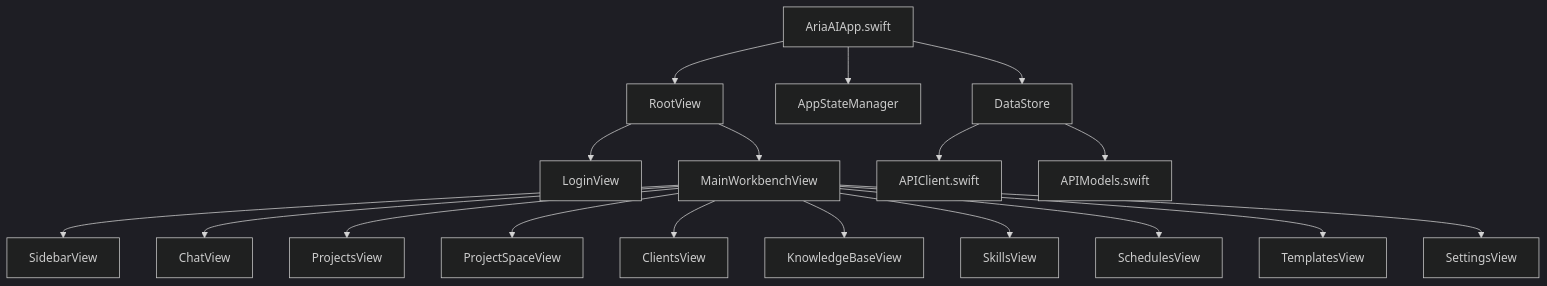
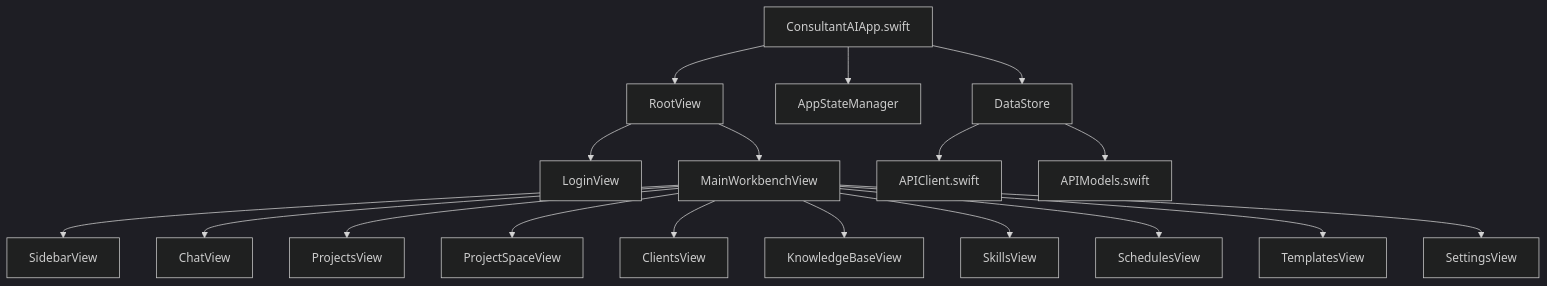
The second of 7 diagrams in docs/06-当前架构图.md (guoliang1114-boop/AriaAI), drawn with Mermaid (dark theme) before and after one commit. The commit also changed other lines of this file and 6 other files, not shown here.

````diff
--- a/docs/06-当前架构图.md
+++ b/docs/06-当前架构图.md
@@ -93,28 +93,28 @@
 ```mermaid
 flowchart TD
-    APP[AriaAIApp.swift]
+    APP[ConsultantAIApp.swift]
     ROOT[RootView]
     STATE[AppStateManager]
     STORE[DataStore]
 
     APP --> ROOT
     APP --> STATE
     APP --> STORE
 
     ROOT --> LOGIN[LoginView]
     ROOT --> MAIN[MainWorkbenchView]
 
     MAIN --> SIDEBAR[SidebarView]
     MAIN --> CHAT[ChatView]
     MAIN --> PROJECTS[ProjectsView]
     MAIN --> PROJECTSPACE[ProjectSpaceView]
     MAIN --> CLIENTS[ClientsView]
     MAIN --> KB[KnowledgeBaseView]
     MAIN --> SKILLS[SkillsView]
     MAIN --> SCHEDULES[SchedulesView]
     MAIN --> TEMPLATES[TemplatesView]
     MAIN --> SETTINGS[SettingsView]
 
     STORE --> API[APIClient.swift]
     STORE --> MODELS[APIModels.swift]
 ```
````
